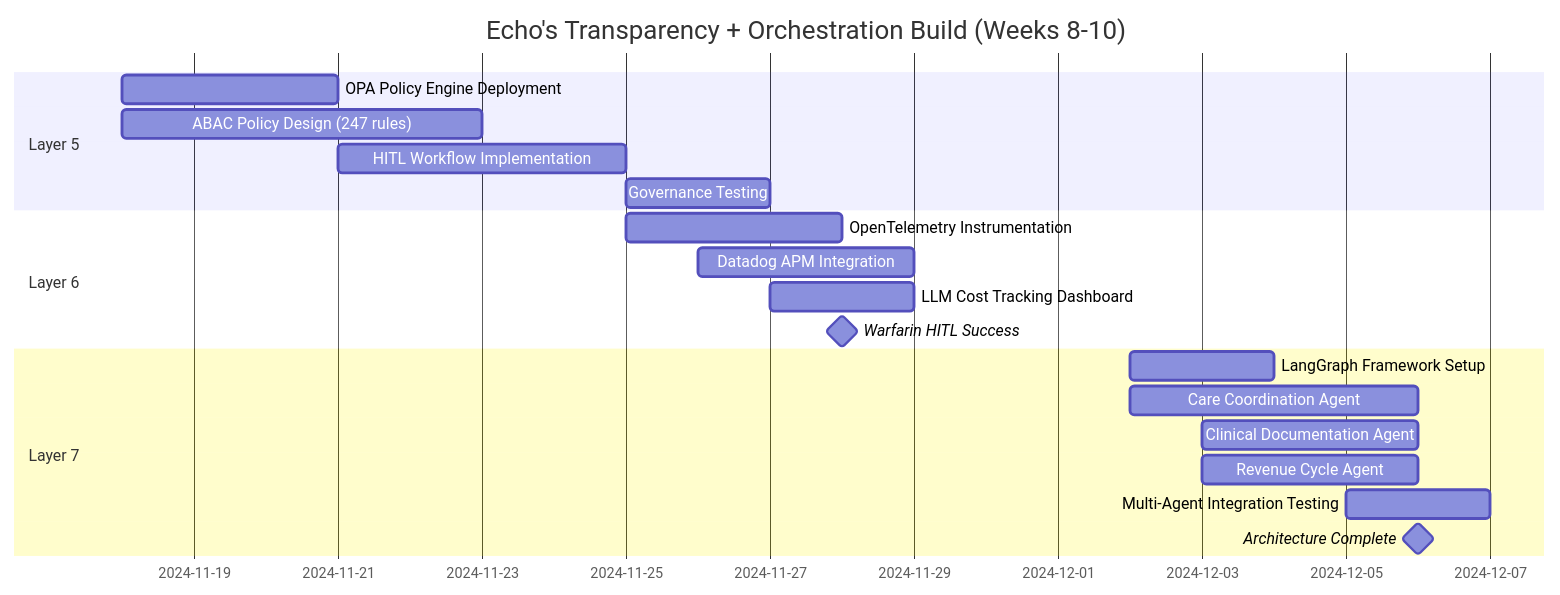
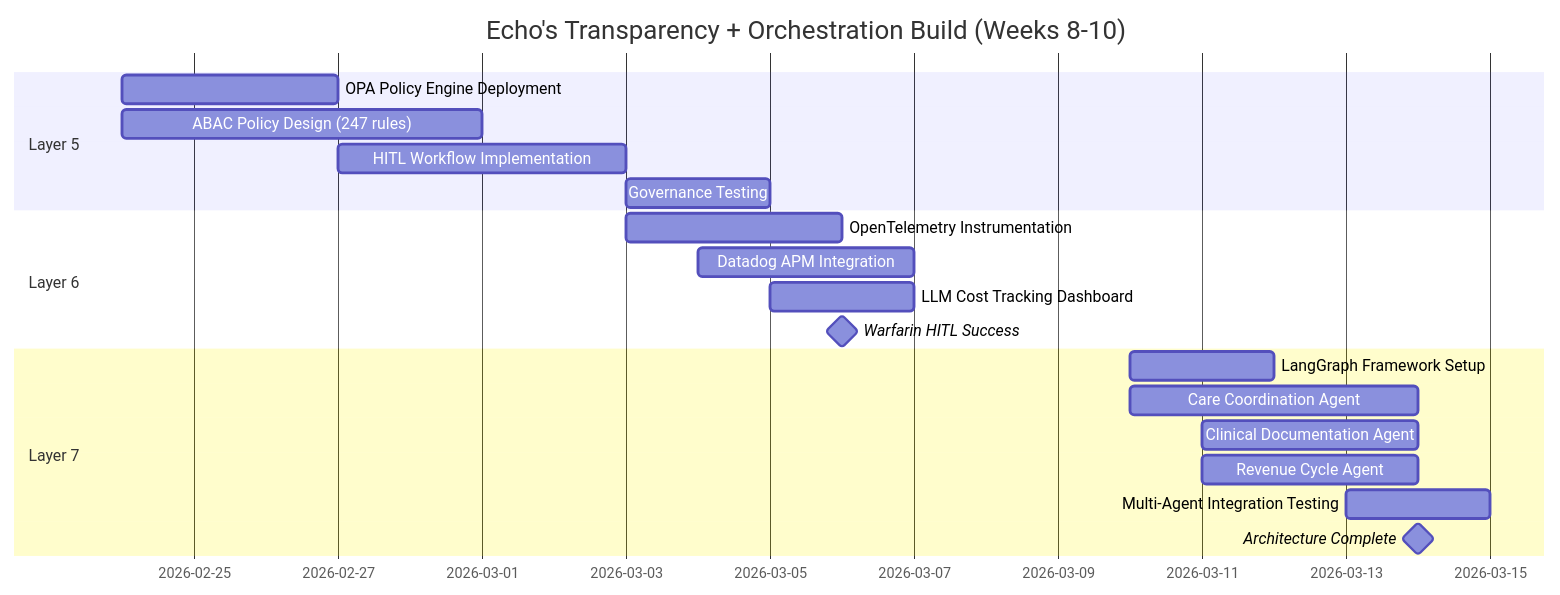
One commit to saitejesh-cyber/trust-before-intelligence-book changed diagram 11 of 14 in manuscript/07_chapter_6_transparency_orchestration_layers.md. Above: the diagram before and after it, drawn with Mermaid. The commit also changed other lines of this file and 2 other files, not shown here.

````diff
--- a/manuscript/07_chapter_6_transparency_orchestration_layers.md
+++ b/manuscript/07_chapter_6_transparency_orchestration_layers.md
@@ -1139,25 +1122,25 @@
 ```mermaid
 gantt
     title Echo's Transparency + Orchestration Build (Weeks 8-10)
-    dateFormat  YYYY-MM-DD
+    dateFormat  MM-DD
     
     section Layer 5
-    OPA Policy Engine Deployment       :l5a, 2024-11-18, 3d
-    ABAC Policy Design (247 rules)     :l5b, 2024-11-18, 5d
-    HITL Workflow Implementation       :l5c, 2024-11-21, 4d
-    Governance Testing                 :l5d, 2024-11-25, 2d
+    OPA Policy Engine Deployment       :l5a, 02-24, 3d
+    ABAC Policy Design (247 rules)     :l5b, 02-24, 5d
+    HITL Workflow Implementation       :l5c, 02-27, 4d
+    Governance Testing                 :l5d, 03-03, 2d
     
     section Layer 6
-    OpenTelemetry Instrumentation      :l6a, 2024-11-25, 3d
-    Datadog APM Integration            :l6b, 2024-11-26, 3d
-    LLM Cost Tracking Dashboard        :l6c, 2024-11-27, 2d
-    Warfarin HITL Success              :milestone, m1, 2024-11-28, 0d
+    OpenTelemetry Instrumentation      :l6a, 03-03, 3d
+    Datadog APM Integration            :l6b, 03-04, 3d
+    LLM Cost Tracking Dashboard        :l6c, 03-05, 2d
+    Warfarin HITL Success              :milestone, m1, 03-06, 0d
     
     section Layer 7
-    LangGraph Framework Setup          :l7a, 2024-12-02, 2d
-    Care Coordination Agent            :l7b, 2024-12-02, 4d
-    Clinical Documentation Agent       :l7c, 2024-12-03, 3d
-    Revenue Cycle Agent                :l7d, 2024-12-03, 3d
-    Multi-Agent Integration Testing    :l7e, 2024-12-05, 2d
-    Architecture Complete              :milestone, m2, 2024-12-06, 0d
+    LangGraph Framework Setup          :l7a, 03-10, 2d
+    Care Coordination Agent            :l7b, 03-10, 4d
+    Clinical Documentation Agent       :l7c, 03-11, 3d
+    Revenue Cycle Agent                :l7d, 03-11, 3d
+    Multi-Agent Integration Testing    :l7e, 03-13, 2d
+    Architecture Complete              :milestone, m2, 03-14, 0d
 ```
````
